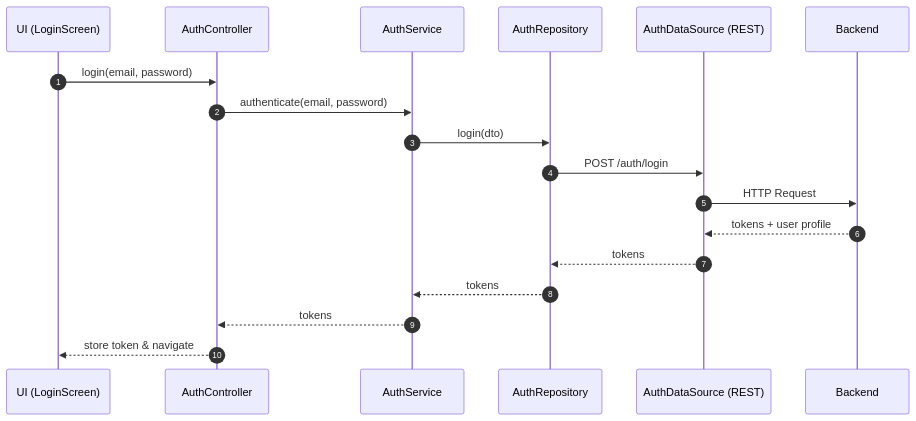
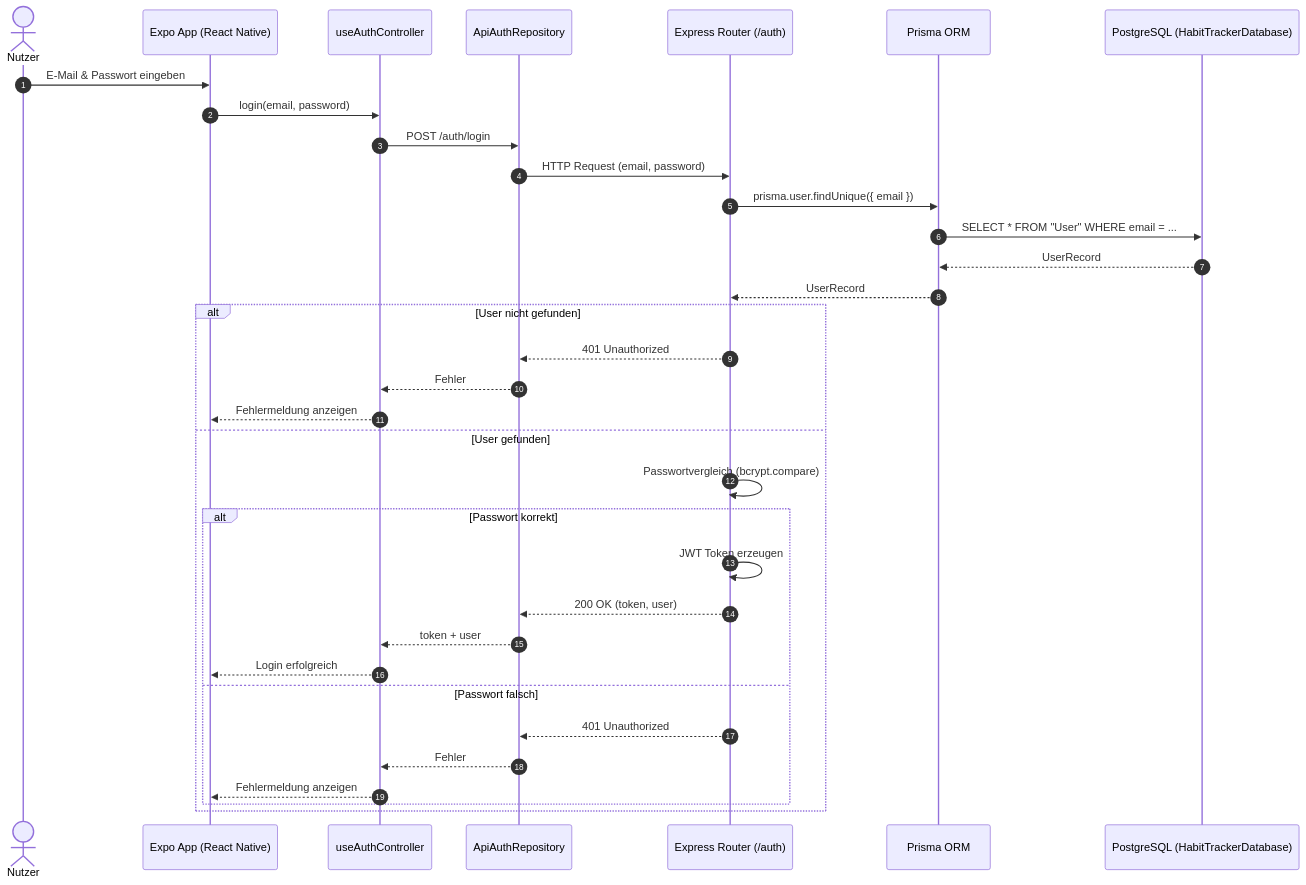
One commit to kimi-xi/diagram_demo changed the first of 6 diagrams in sequenzdiagramme.adoc. Above: the diagram before and after it, drawn with Mermaid. The commit also changed other lines of this file, not shown here.

Commit message:
Refactor sequence diagrams for login and habits

```diff
--- a/sequenzdiagramme.adoc
+++ b/sequenzdiagramme.adoc
@@ -28,22 +28,40 @@
 [mermaid]
 ----
 sequenceDiagram
     autonumber
-    participant UI as UI (LoginScreen)
-    participant AC as AuthController
-    participant AS as AuthService
-    participant AR as AuthRepository
-    participant DS as AuthDataSource (REST)
-    participant BE as Backend
+    actor Nutzer as Nutzer
+    participant Expo as Expo App (React Native)
+    participant FEAuth as useAuthController
+    participant ApiRepo as ApiAuthRepository
+    participant Express as Express Router (/auth)
+    participant Prisma as Prisma ORM
+    participant PG as PostgreSQL (HabitTrackerDatabase)
 
-    UI->>AC: login(email, password)
-    AC->>AS: authenticate(email, password)
-    AS->>AR: login(dto)
-    AR->>DS: POST /auth/login
-    DS->>BE: HTTP Request
-    BE-->>DS: tokens + user profile
-    DS-->>AR: tokens
-    AR-->>AS: tokens
-    AS-->>AC: tokens
-    AC-->>UI: store token & navigate
+    Nutzer->>Expo: E-Mail & Passwort eingeben
+    Expo->>FEAuth: login(email, password)
+    FEAuth->>ApiRepo: POST /auth/login
+
+    ApiRepo->>Express: HTTP Request (email, password)
+    Express->>Prisma: prisma.user.findUnique({ email })
+    Prisma->>PG: SELECT * FROM "User" WHERE email = ...
+    PG-->>Prisma: UserRecord
+    Prisma-->>Express: UserRecord
+
+    alt User nicht gefunden
+        Express-->>ApiRepo: 401 Unauthorized
+        ApiRepo-->>FEAuth: Fehler
+        FEAuth-->>Expo: Fehlermeldung anzeigen
+    else User gefunden
+        Express->>Express: Passwortvergleich (bcrypt.compare)
+        alt Passwort korrekt
+            Express->>Express: JWT Token erzeugen
+            Express-->>ApiRepo: 200 OK (token, user)
+            ApiRepo-->>FEAuth: token + user
+            FEAuth-->>Expo: Login erfolgreich
+        else Passwort falsch
+            Express-->>ApiRepo: 401 Unauthorized
+            ApiRepo-->>FEAuth: Fehler
+            FEAuth-->>Expo: Fehlermeldung anzeigen
+        end
+    end
 ----
```
